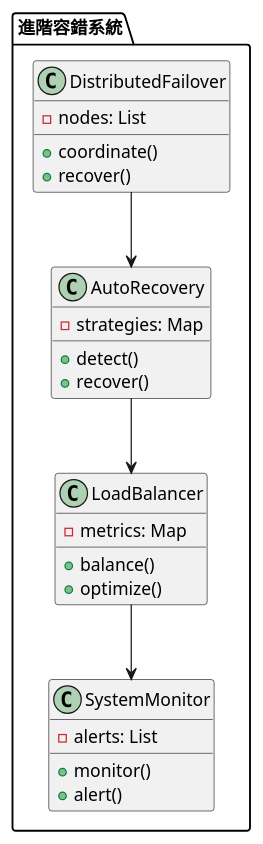
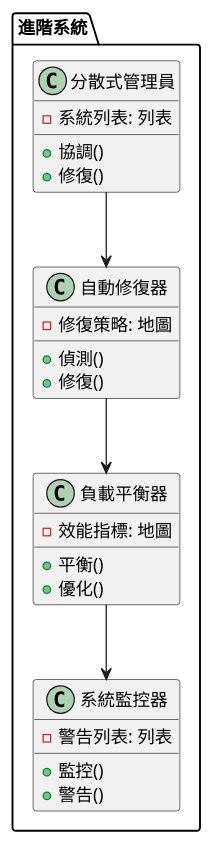
Before and after one commit to fine5351/info-sync: the third of 3 diagrams in doc/learning/architecture/availability_failover_tutorial.md, drawn with PlantUML. The commit also changed other lines of this file and 35 other files, not shown here.

````diff
--- a/doc/learning/architecture/availability_failover_tutorial.md
+++ b/doc/learning/architecture/availability_failover_tutorial.md
@@ -347,33 +332,33 @@
 ```plantuml
 @startuml
-package "進階容錯系統" {
-    class DistributedFailover {
-        - nodes: List
-        + coordinate()
-        + recover()
+package "進階系統" {
+    class 分散式管理員 {
+        - 系統列表: 列表
+        + 協調()
+        + 修復()
     }
     
-    class AutoRecovery {
-        - strategies: Map
-        + detect()
-        + recover()
+    class 自動修復器 {
+        - 修復策略: 地圖
+        + 偵測()
+        + 修復()
     }
     
-    class LoadBalancer {
-        - metrics: Map
-        + balance()
-        + optimize()
+    class 負載平衡器 {
+        - 效能指標: 地圖
+        + 平衡()
+        + 優化()
     }
     
-    class SystemMonitor {
-        - alerts: List
-        + monitor()
-        + alert()
+    class 系統監控器 {
+        - 警告列表: 列表
+        + 監控()
+        + 警告()
     }
 }
 
-DistributedFailover --> AutoRecovery
-AutoRecovery --> LoadBalancer
-LoadBalancer --> SystemMonitor
+分散式管理員 --> 自動修復器
+自動修復器 --> 負載平衡器
+負載平衡器 --> 系統監控器
 @enduml
 ```
````
